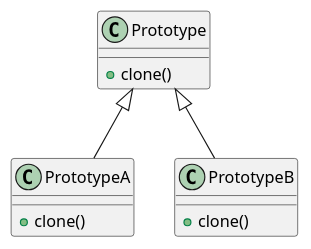
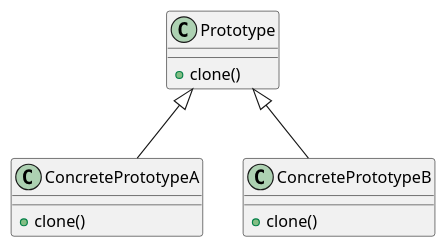
One commit to dig2root/DesignPatternsCheatSheets changed the diagram in PlantUML/Prototype.plantuml. Above: the diagram before and after it, drawn with PlantUML. The commit also changed 2 other files, not shown here.

```diff
--- a/PlantUML/Prototype.plantuml
+++ b/PlantUML/Prototype.plantuml
@@ -1,17 +1,17 @@
 @startuml Prototype
 class Prototype{
 +clone()
 }
 
-class PrototypeA{
+class ConcretePrototypeA{
 +clone()
 }
 
-class PrototypeB{
+class ConcretePrototypeB{
 +clone()
 }
 
-Prototype <|-- PrototypeA
-Prototype <|-- PrototypeB
+Prototype <|-- ConcretePrototypeA
+Prototype <|-- ConcretePrototypeB
 
 @enduml
```
